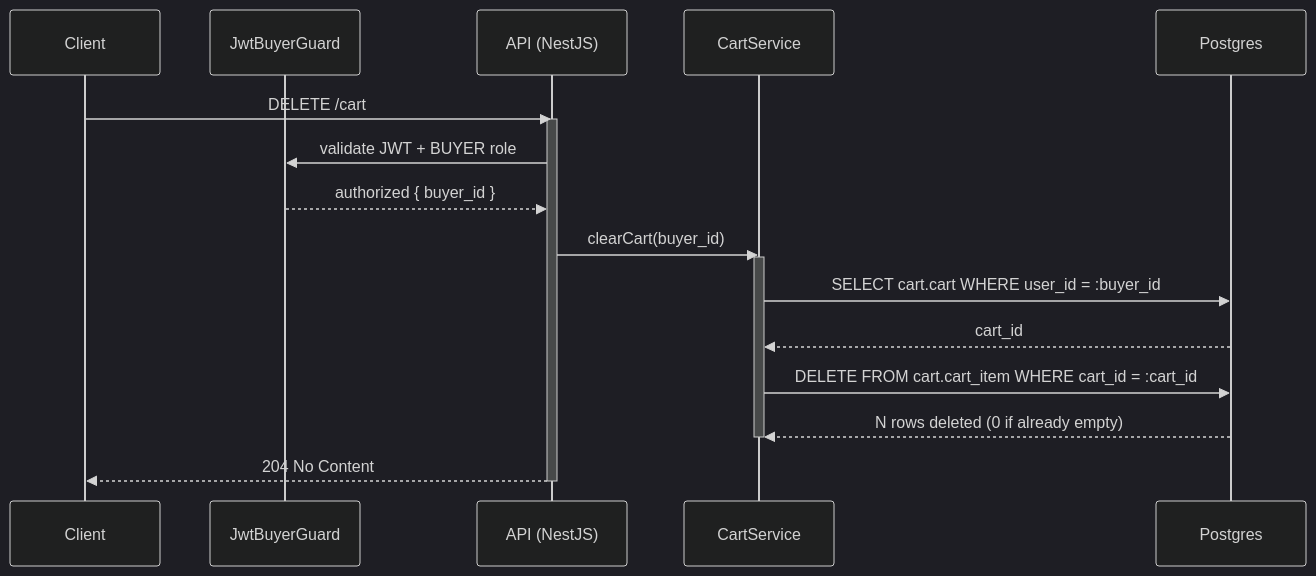
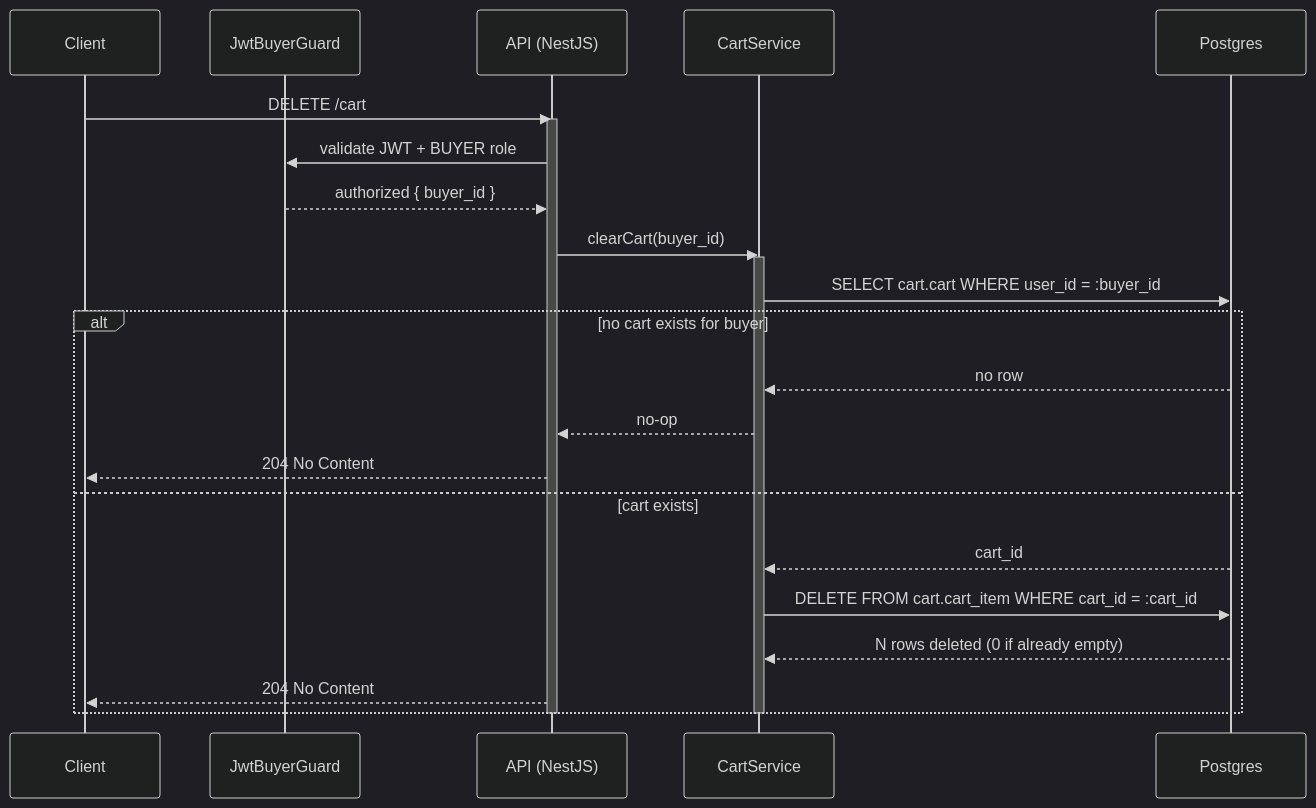
One commit to alisa-uthi/aliceut-ecom-document changed the fifth of 6 diagrams in phase-1/technical-design/api-design/cart.md. Above: the diagram before and after it, drawn with Mermaid (dark theme). The commit also changed other lines of this file and 35 other files, not shown here.

````diff
--- a/phase-1/technical-design/api-design/cart.md
+++ b/phase-1/technical-design/api-design/cart.md
@@ -289,22 +289,28 @@
 ```mermaid
 sequenceDiagram
     participant C as Client
     participant G as JwtBuyerGuard
     participant A as API (NestJS)
     participant S as CartService
     participant P as Postgres
 
     C->>A: DELETE /cart
     activate A
     A->>G: validate JWT + BUYER role
     G-->>A: authorized { buyer_id }
     A->>S: clearCart(buyer_id)
     activate S
     S->>P: SELECT cart.cart WHERE user_id = :buyer_id
-    P-->>S: cart_id
-    S->>P: DELETE FROM cart.cart_item WHERE cart_id = :cart_id
-    P-->>S: N rows deleted (0 if already empty)
+    alt no cart exists for buyer
+        P-->>S: no row
+        S-->>A: no-op
+        A-->>C: 204 No Content
+    else cart exists
+        P-->>S: cart_id
+        S->>P: DELETE FROM cart.cart_item WHERE cart_id = :cart_id
+        P-->>S: N rows deleted (0 if already empty)
+        A-->>C: 204 No Content
+    end
     deactivate S
-    A-->>C: 204 No Content
     deactivate A
 ```
````
